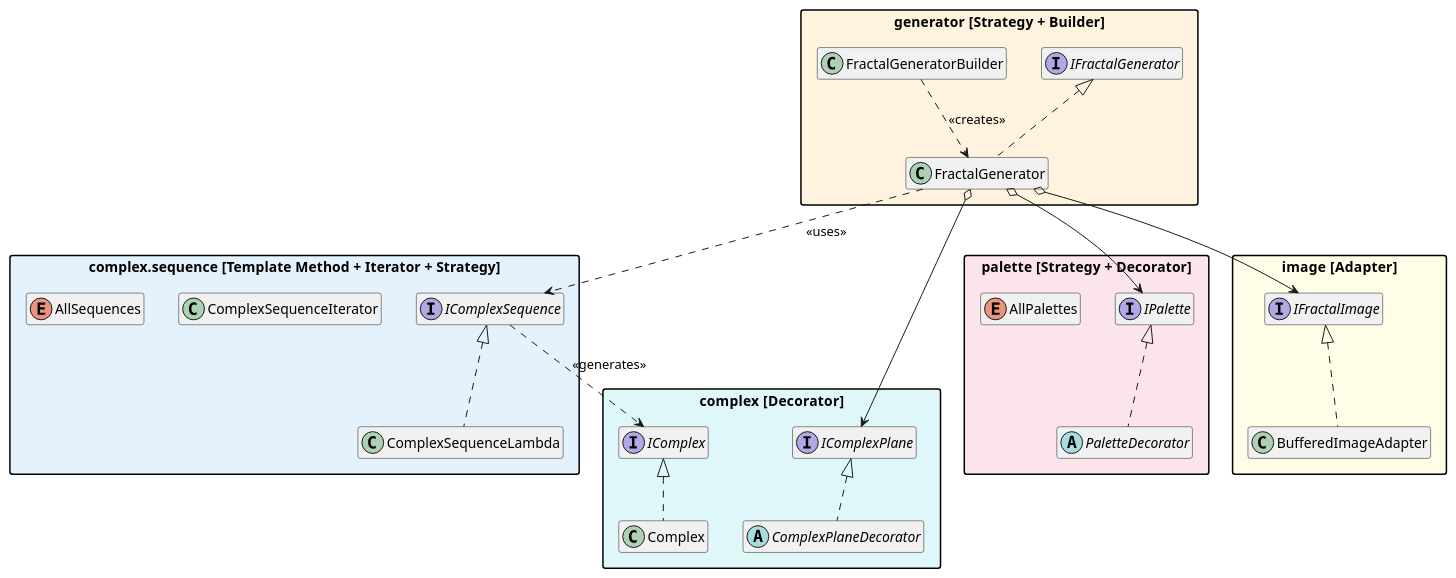
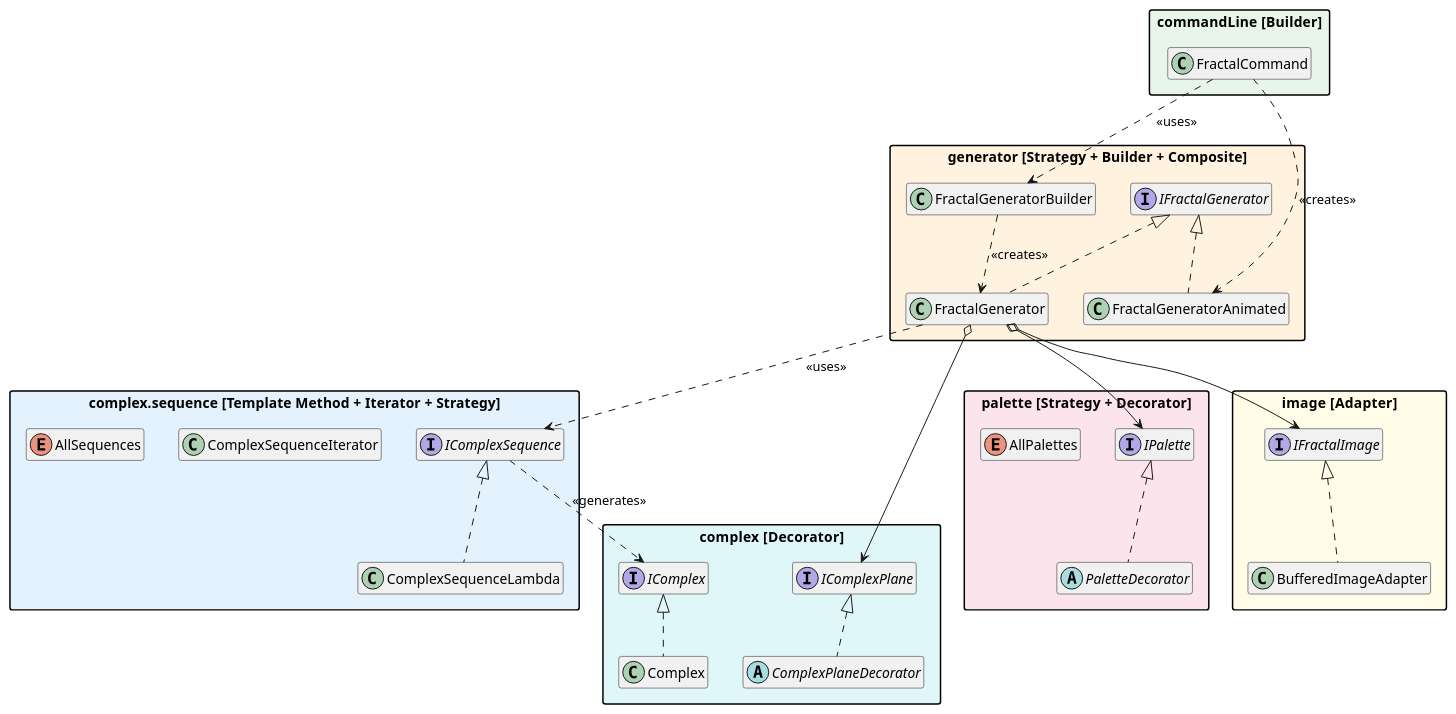
The first of 7 diagrams in README.md (marietiers59/FractaLens), drawn with PlantUML before and after one commit. The commit also changed other lines of this file, not shown here.

````diff
--- a/README.md
+++ b/README.md
@@ -26,51 +59,59 @@
 ```plantuml
 @startuml
 hide empty members
 set separator none
 skinparam packageStyle rectangle
 
 package "complex  [Decorator]" #E0F7FA {
     interface IComplex
     class Complex
     interface IComplexPlane
     abstract class ComplexPlaneDecorator
     IComplex <|.. Complex
     IComplexPlane <|.. ComplexPlaneDecorator
 }
 
 package "complex.sequence  [Template Method + Iterator + Strategy]" #E3F2FD {
     interface IComplexSequence
     class ComplexSequenceIterator
     class ComplexSequenceLambda
     enum AllSequences
     IComplexSequence <|.. ComplexSequenceLambda
 }
 
 package "palette  [Strategy + Decorator]" #FCE4EC {
     interface IPalette
     abstract class PaletteDecorator
     enum AllPalettes
     IPalette <|.. PaletteDecorator
 }
 
 package "image  [Adapter]" #FFFDE7 {
     interface IFractalImage
     class BufferedImageAdapter
     IFractalImage <|.. BufferedImageAdapter
 }
 
-package "generator  [Strategy + Builder]" #FFF3E0 {
+package "generator  [Strategy + Builder + Composite]" #FFF3E0 {
     interface IFractalGenerator
     class FractalGenerator
+    class FractalGeneratorAnimated
     class FractalGeneratorBuilder
     IFractalGenerator <|.. FractalGenerator
+    IFractalGenerator <|.. FractalGeneratorAnimated
 }
 
+package "commandLine  [Builder]" #E8F5E9 {
+    class FractalCommand
+}
+
+FractalCommand ..> FractalGeneratorBuilder : <<uses>>
+FractalCommand ..> FractalGeneratorAnimated : <<creates>>
 FractalGeneratorBuilder ..> FractalGenerator : <<creates>>
 FractalGenerator o--> IComplexPlane
 FractalGenerator o--> IPalette
 FractalGenerator o--> IFractalImage
 FractalGenerator ..> IComplexSequence : <<uses>>
 IComplexSequence ..> IComplex : <<generates>>
 @enduml
 ```
````
